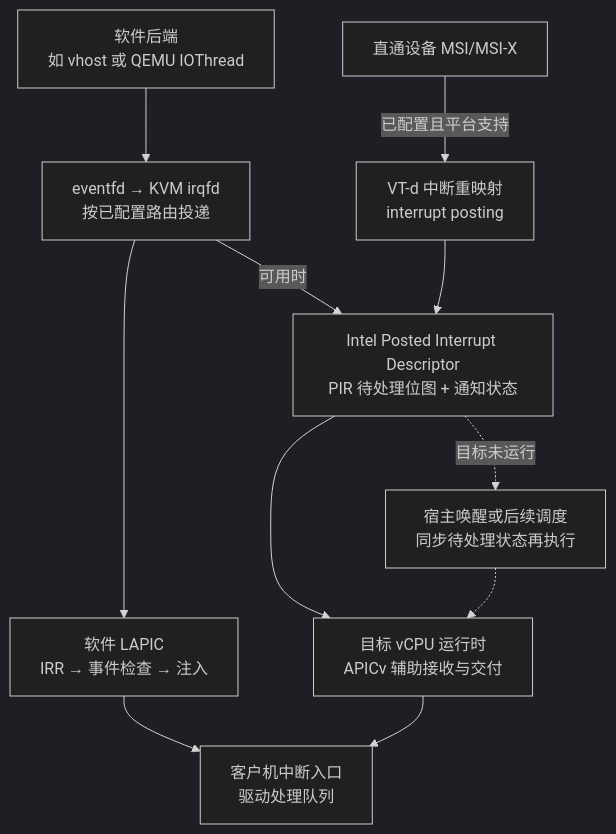
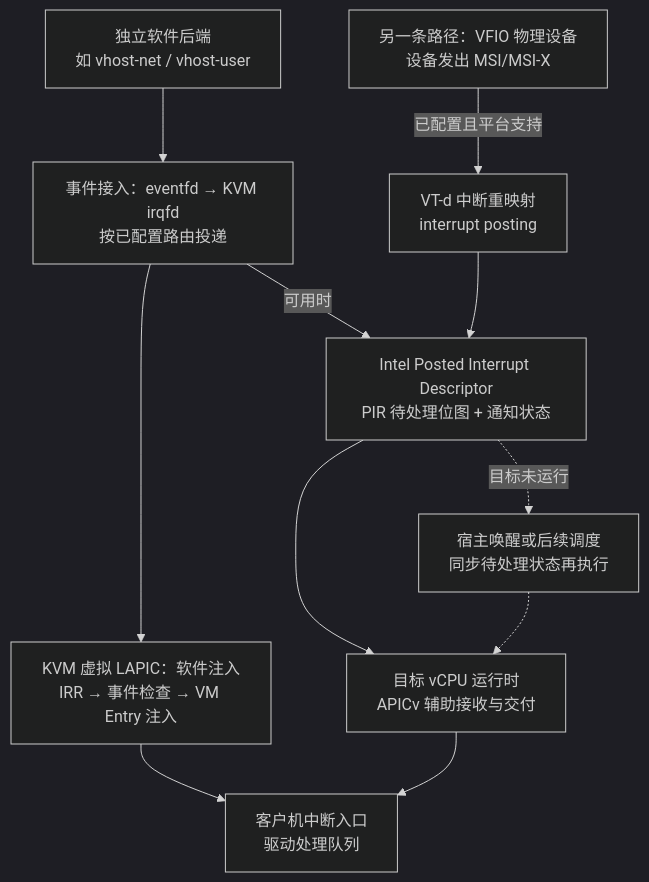
Before and after one commit to taifuer/virt_report: the diagram in virt_report/content/diagrams/interrupt-acceleration-layers.mmd, drawn with Mermaid (dark theme). The commit also changed 165 other files, not shown here.

First line of the commit message:
补充虚拟化设备与嵌套执行原理并完善交互图解

```diff
--- a/virt_report/content/diagrams/interrupt-acceleration-layers.mmd
+++ b/virt_report/content/diagrams/interrupt-acceleration-layers.mmd
@@ -1,13 +1,13 @@
 flowchart TB
   accTitle: irqfd、APICv 与直通设备 interrupt posting 的不同位置
   accDescr: 软件后端可以通过 irqfd 进入 KVM 路由，再使用软件注入或 APICv posted 路径。满足条件的 Intel VT-d 直通设备可由 IOMMU 写入 posted 描述符。阻塞或抢占状态仍需宿主调度配合。
-  BACK["软件后端<br/>如 vhost 或 QEMU IOThread"] --> EVENT["eventfd → KVM irqfd<br/>按已配置路由投递"]
-  EVENT --> SW["软件 LAPIC<br/>IRR → 事件检查 → 注入"]
+  BACK["独立软件后端<br/>如 vhost-net / vhost-user"] --> EVENT["事件接入：eventfd → KVM irqfd<br/>按已配置路由投递"]
+  EVENT --> SW["KVM 虚拟 LAPIC：软件注入<br/>IRR → 事件检查 → VM Entry 注入"]
   EVENT -->|可用时| PI["Intel Posted Interrupt Descriptor<br/>PIR 待处理位图 + 通知状态"]
-  DEV["直通设备 MSI/MSI-X"] -->|已配置且平台支持| IOMMU["VT-d 中断重映射<br/>interrupt posting"]
+  DEV["另一条路径：VFIO 物理设备<br/>设备发出 MSI/MSI-X"] -->|已配置且平台支持| IOMMU["VT-d 中断重映射<br/>interrupt posting"]
   IOMMU --> PI
   PI --> HW["目标 vCPU 运行时<br/>APICv 辅助接收与交付"]
   SW --> GUEST["客户机中断入口<br/>驱动处理队列"]
   HW --> GUEST
   PI -.->|目标未运行| SCHED["宿主唤醒或后续调度<br/>同步待处理状态再执行"]
   SCHED -.-> HW
```
